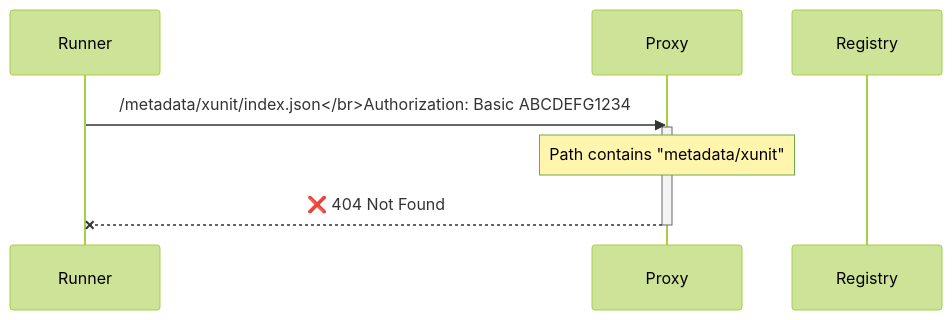
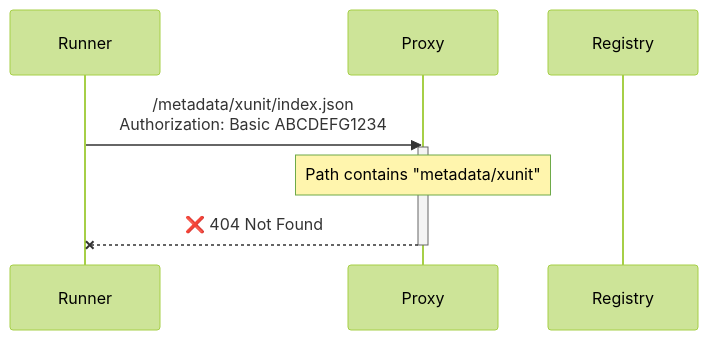
Before and after one commit to ogxd/ogxd.github.io: the fourth of 6 diagrams in content/articles/nuget-caching/index.md, drawn with Mermaid (forest theme). The commit also changed other lines of this file, not shown here.

```diff
--- a/content/articles/nuget-caching/index.md
+++ b/content/articles/nuget-caching/index.md
@@ -176,15 +176,15 @@
 {{<mermaid>}}
 sequenceDiagram
     participant Runner
     participant Proxy
     participant Registry
 
-    Runner->>Proxy: /metadata/xunit/index.json</br>Authorization: Basic ABCDEFG1234
+    Runner->>Proxy: /metadata/xunit/index.json<br/>Authorization: Basic ABCDEFG1234
     activate Proxy
 
     Note over Proxy: Path contains "metadata/xunit"
 
     Proxy--xRunner: ❌ 404 Not Found
     deactivate Proxy
 
 {{</mermaid>}}
```
